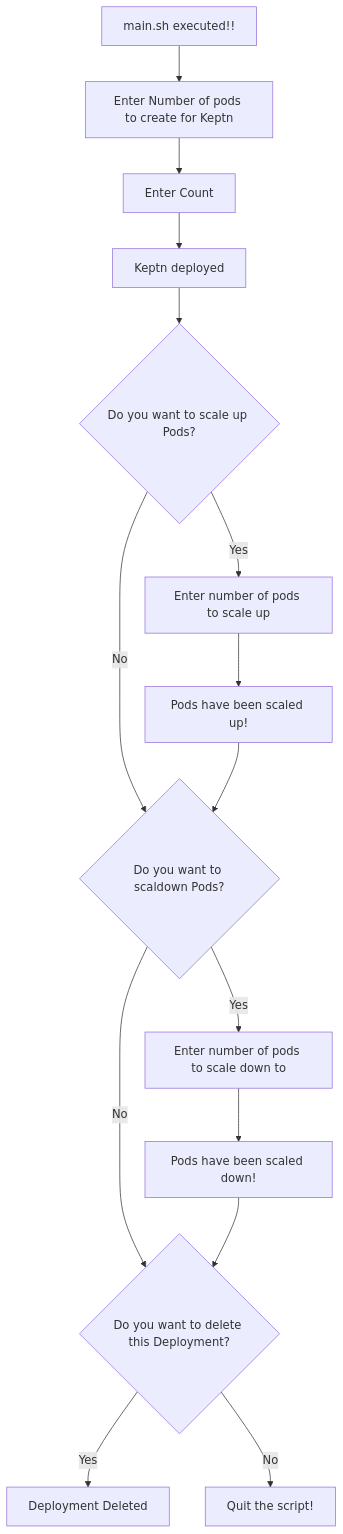
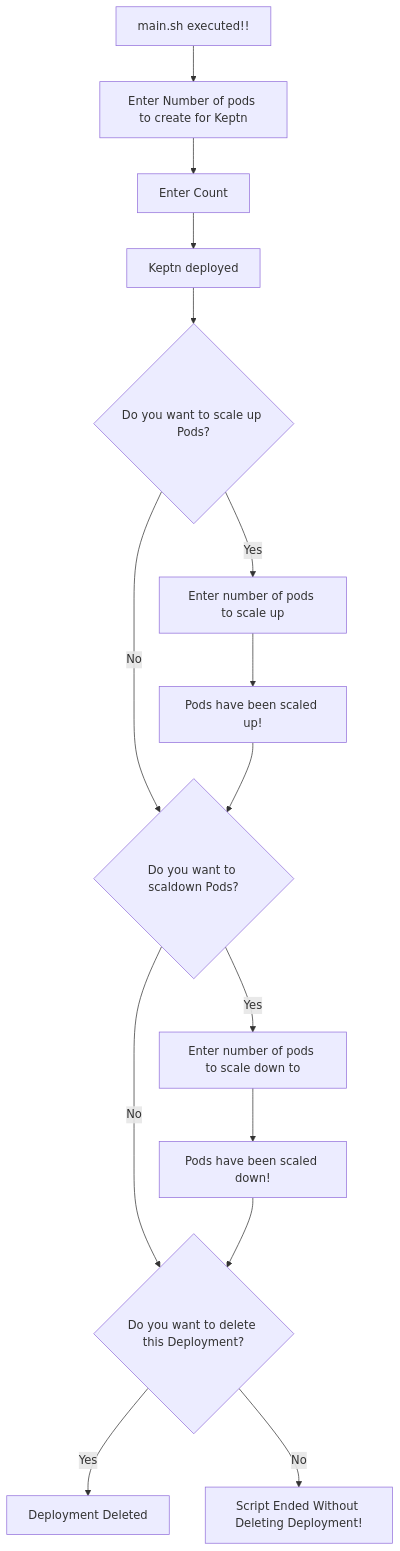
One commit to NashTech-Labs/Deploy-Keptn-using-K8s changed the diagram in README.md. Above: the diagram before and after it, drawn with Mermaid.

Commit message:
Updated Template

````diff
--- a/README.md
+++ b/README.md
@@ -38,18 +38,18 @@
 ```mermaid
 flowchart TD
     A[main.sh executed!!];
     A --> B[Enter Number of pods to create for Keptn];
     B --> C[Enter Count];
     C --> D[Keptn deployed];
     D --> E{Do you want to scale up Pods?};
     E -- Yes --> F[Enter number of pods to scale up];
     F --> G[Pods have been scaled up!]
     E -- No --> H{Do you want to scaldown Pods?};
     G --> H{Do you want to scaldown Pods?};
     H -- Yes --> I[Enter number of pods to scale down to];
     I --> J[Pods have been scaled down!];
     H -- No --> K{Do you want to delete this Deployment?};
     J --> K{Do you want to delete this Deployment?};
     K -- Yes --> L[Deployment Deleted];
-    K -- No --> Z[Quit the script!];
+    K -- No --> Z[Script Ended Without Deleting Deployment!];
 ```
````
